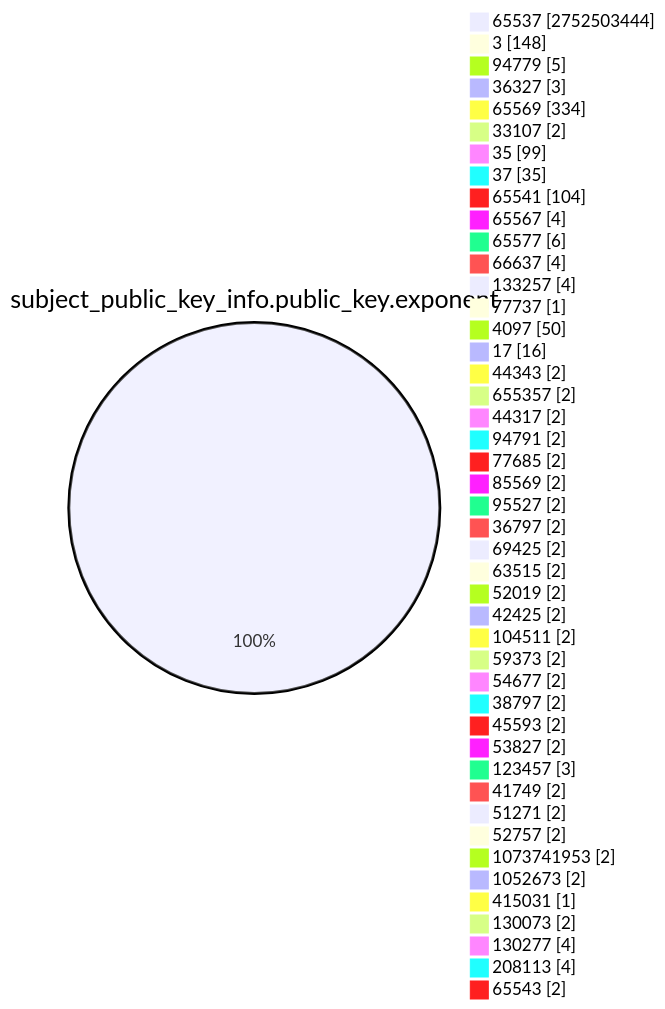
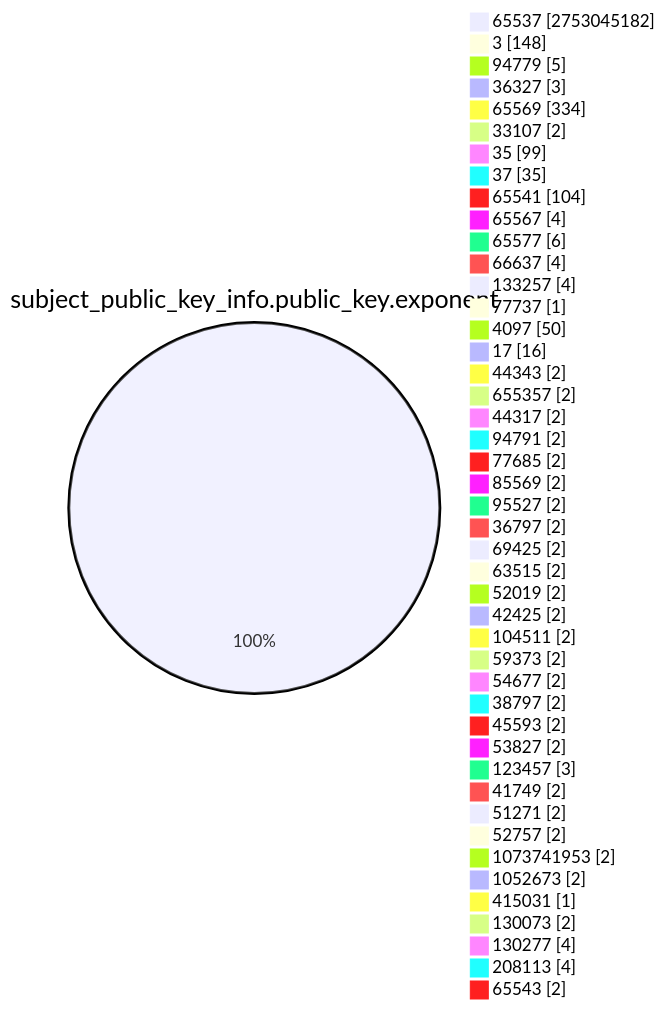
One commit to christiankrug/ctmonitor_visualization changed the fourth of 15 diagrams in TOTAL/README.md. Above: the diagram before and after it, drawn with Mermaid. The commit also changed other lines of this file, not shown here.

````diff
--- a/TOTAL/README.md
+++ b/TOTAL/README.md
@@ -1467,49 +1467,49 @@
 ```mermaid
 pie showData
 title subject_public_key_info.public_key.exponent
-"65537" :2752503444
+"65537" :2753045182
 "3" :148
 "94779" :5
 "36327" :3
 "65569" :334
 "33107" :2
 "35" :99
 "37" :35
 "65541" :104
 "65567" :4
 "65577" :6
 "66637" :4
 "133257" :4
 "77737" :1
 "4097" :50
 "17" :16
 "44343" :2
 "655357" :2
 "44317" :2
 "94791" :2
 "77685" :2
 "85569" :2
 "95527" :2
 "36797" :2
 "69425" :2
 "63515" :2
 "52019" :2
 "42425" :2
 "104511" :2
 "59373" :2
 "54677" :2
 "38797" :2
 "45593" :2
 "53827" :2
 "123457" :3
 "41749" :2
 "51271" :2
 "52757" :2
 "1073741953" :2
 "1052673" :2
 "415031" :1
 "130073" :2
 "130277" :4
 "208113" :4
 "65543" :2
 ```
````
